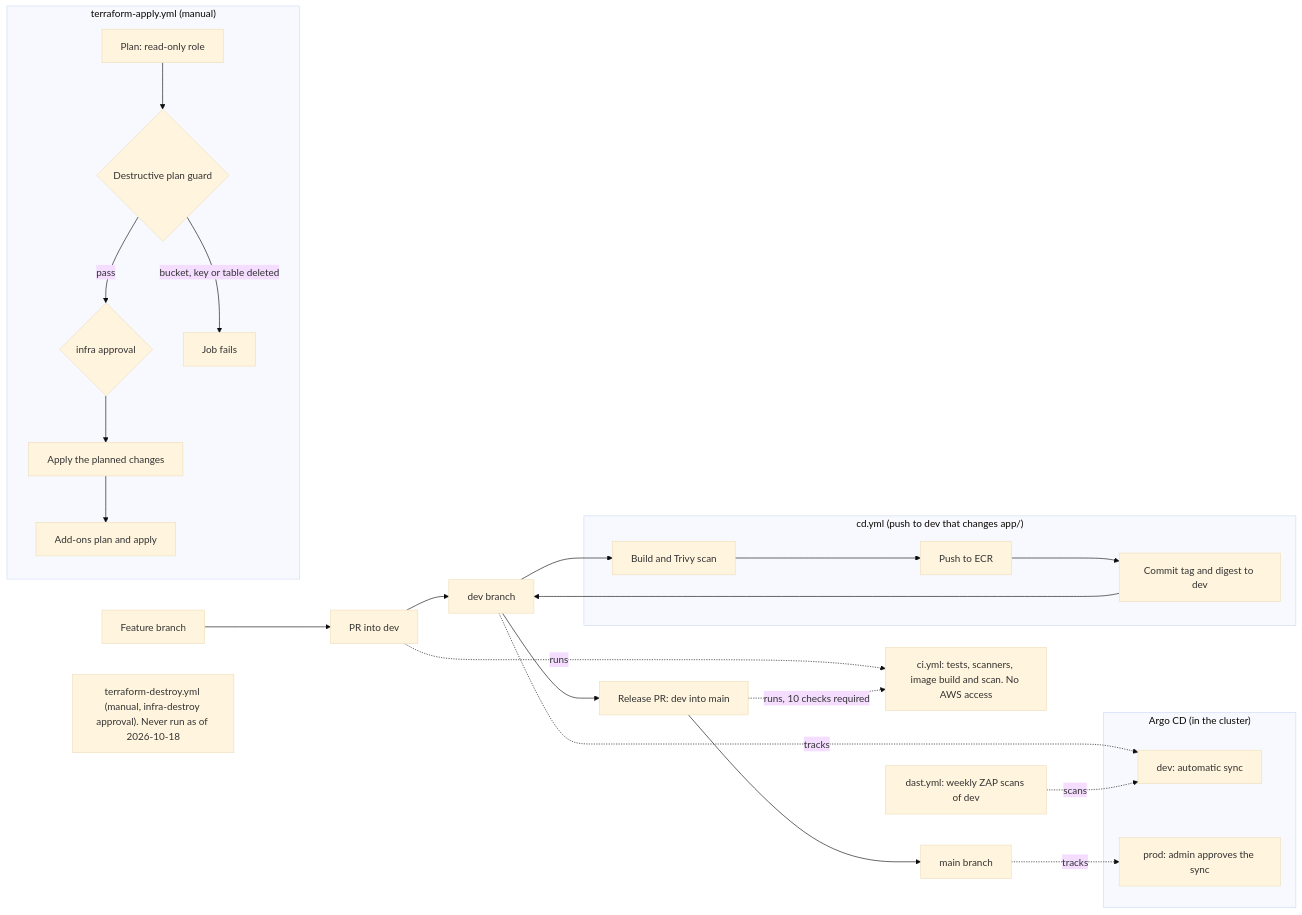
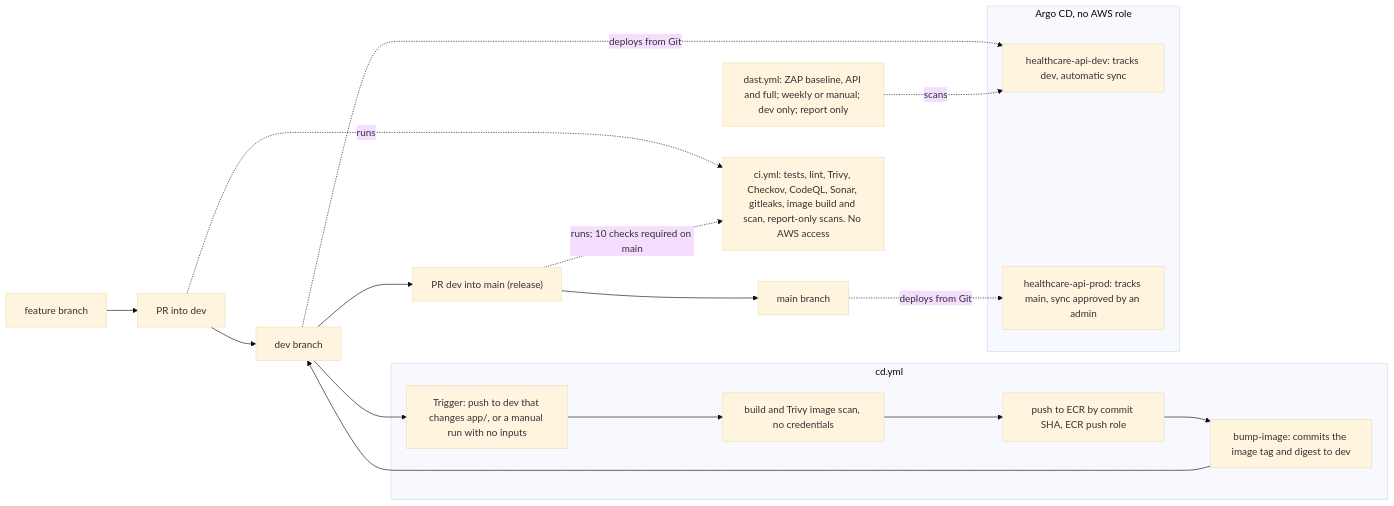
The third of 5 diagrams in docs/architecture.md (zeinhaidara/healthcare-eks-secops), drawn with Mermaid (base theme) before and after one commit. The commit also changed other lines of this file and 2 other files, not shown here.

First line of the commit message:
docs: restore architecture detail and redraw diagrams to current state

````diff
--- a/docs/architecture.md
+++ b/docs/architecture.md
@@ -73,29 +108,22 @@
 ```mermaid
 flowchart LR
-    feat["Feature branch"] --> prdev["PR into dev"] --> devbr["dev branch"] --> prmain["Release PR: dev into main"] --> mainbr["main branch"]
-    ci["ci.yml: tests, scanners, image build and scan. No AWS access"]
+    feat["feature branch"] --> prdev["PR into dev"] --> devbr["dev branch"] --> prmain["PR dev into main (release)"] --> mainbr["main branch"]
+    ci["ci.yml: tests, lint, Trivy, Checkov, CodeQL, Sonar, gitleaks, image build and scan, report-only scans. No AWS access"]
     prdev -. "runs" .-> ci
-    prmain -. "runs, 10 checks required" .-> ci
+    prmain -. "runs; 10 checks required on main" .-> ci
 
-    subgraph cd["cd.yml (push to dev that changes app/)"]
-        build["Build and Trivy scan"] --> push["Push to ECR"] --> bump["Commit tag and digest to dev"]
+    subgraph cd["cd.yml"]
+        trig["Trigger: push to dev that changes app/, or a manual run with no inputs"] --> build["build and Trivy image scan, no credentials"] --> push["push to ECR by commit SHA, ECR push role"] --> bump["bump-image: commits the image tag and digest to dev"]
     end
-    devbr --> build
+    devbr --> trig
     bump --> devbr
 
-    subgraph argocd["Argo CD (in the cluster)"]
-        adev["dev: automatic sync"]
-        aprod["prod: admin approves the sync"]
+    subgraph argo["Argo CD, no AWS role"]
+        adev["healthcare-api-dev: tracks dev, automatic sync"]
+        aprod["healthcare-api-prod: tracks main, sync approved by an admin"]
     end
-    devbr -. "tracks" .-> adev
-    mainbr -. "tracks" .-> aprod
+    devbr -. "deploys from Git" .-> adev
+    mainbr -. "deploys from Git" .-> aprod
 
-    dast["dast.yml: weekly ZAP scans of dev"] -. "scans" .-> adev
-
-    subgraph tf["terraform-apply.yml (manual)"]
-        plan["Plan: read-only role"] --> guard{"Destructive plan guard"}
-        guard -- "pass" --> gate{"infra approval"} --> apply["Apply the planned changes"] --> addons["Add-ons plan and apply"]
-        guard -- "bucket, key or table deleted" --> blocked["Job fails"]
-    end
-    destroy["terraform-destroy.yml (manual, infra-destroy approval). Never run as of 2026-10-18"]
+    dast["dast.yml: ZAP baseline, API and full; weekly or manual; dev only; report only"] -. "scans" .-> adev
 ```
````
